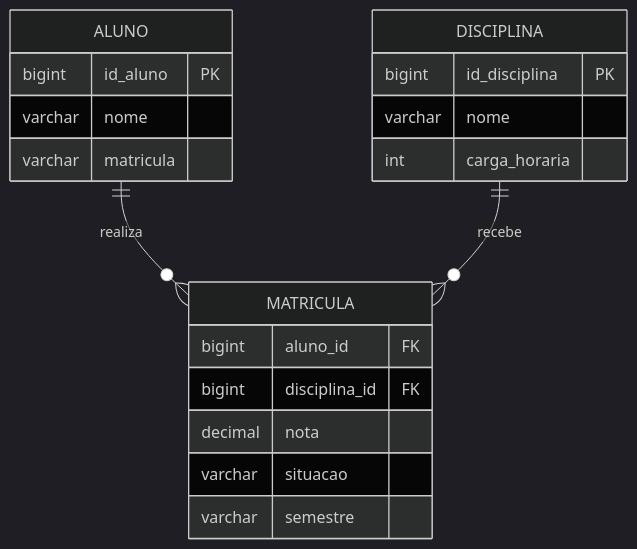
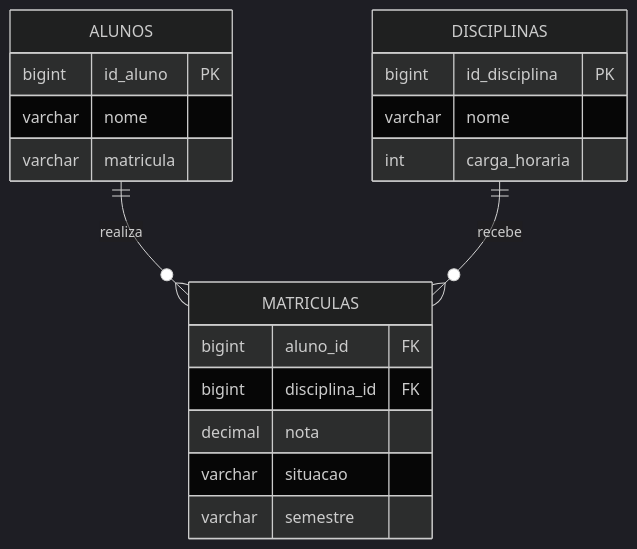
One commit to DSM-Fatec-Jahu/Banco-de-Dados-Relacional-IBD015 changed the seventh of 12 diagrams in aulas/Cardinalidade_MER_Completo.md. Above: the diagram before and after it, drawn with Mermaid (dark theme). The commit also changed other lines of this file and 1 other file, not shown here.

````diff
--- a/aulas/Cardinalidade_MER_Completo.md
+++ b/aulas/Cardinalidade_MER_Completo.md
@@ -343,25 +343,25 @@
 ```mermaid
 erDiagram
-    ALUNO {
+    ALUNOS {
         bigint id_aluno PK
         varchar nome
         varchar matricula
     }
 
-    DISCIPLINA {
+    DISCIPLINAS {
         bigint id_disciplina PK
         varchar nome
         int carga_horaria
     }
 
-    MATRICULA {
+    MATRICULAS {
         bigint aluno_id FK
         bigint disciplina_id FK
         decimal nota
         varchar situacao
         varchar semestre
     }
 
-    ALUNO ||--o{ MATRICULA : "realiza"
-    DISCIPLINA ||--o{ MATRICULA : "recebe"
+    ALUNOS ||--o{ MATRICULAS : "realiza"
+    DISCIPLINAS ||--o{ MATRICULAS : "recebe"
 ```
````
